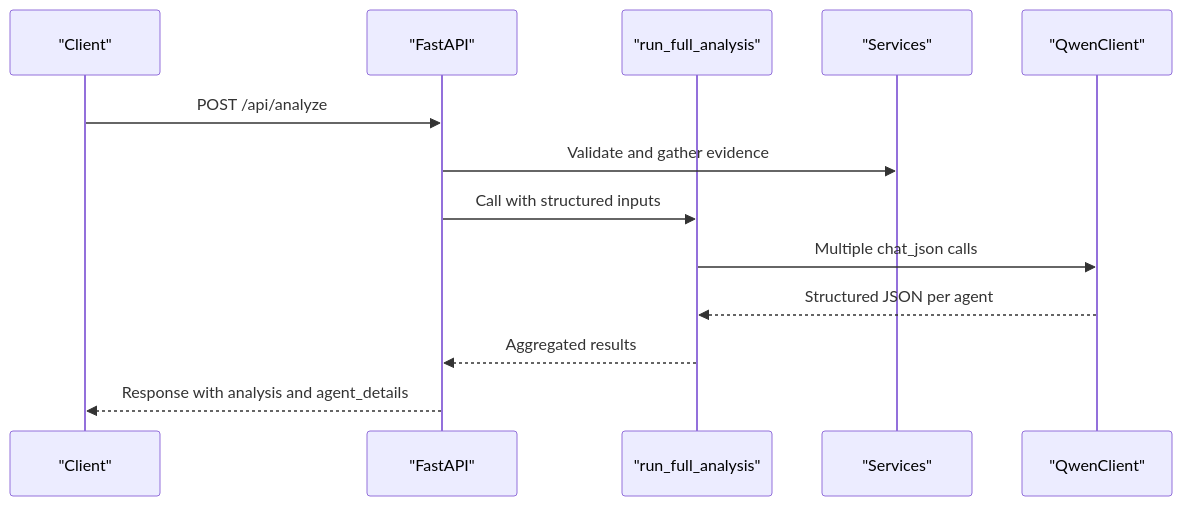
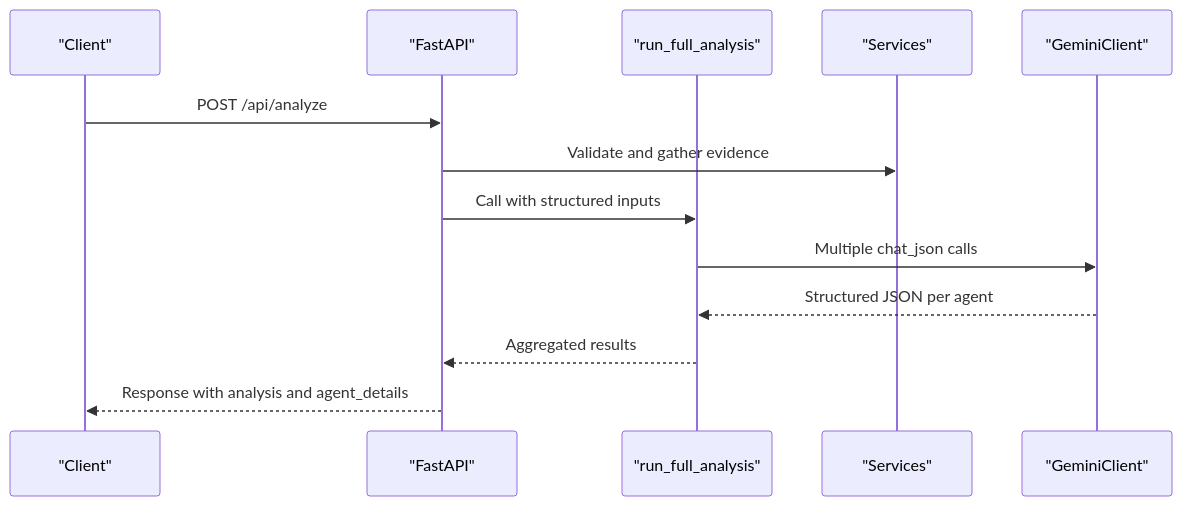
The fifth of 6 diagrams in .qoder/repowiki/en/content/Multi-Agent System/Pipeline Orchestration.md (waqarimran342/CareerOS-AI), drawn with Mermaid before and after one commit. The commit also changed other lines of this file and 32 other files, not shown here.

````diff
--- a/.qoder/repowiki/en/content/Multi-Agent System/Pipeline Orchestration.md
+++ b/.qoder/repowiki/en/content/Multi-Agent System/Pipeline Orchestration.md
@@ -260,15 +268,15 @@
 ```mermaid
 sequenceDiagram
 participant UI as "Client"
 participant API as "FastAPI"
 participant Orchestrator as "run_full_analysis"
 participant Services as "Services"
-participant LLM as "QwenClient"
+participant LLM as "GeminiClient"
 UI->>API : POST /api/analyze
 API->>Services : Validate and gather evidence
 API->>Orchestrator : Call with structured inputs
 Orchestrator->>LLM : Multiple chat_json calls
 LLM-->>Orchestrator : Structured JSON per agent
 Orchestrator-->>API : Aggregated results
 API-->>UI : Response with analysis and agent_details
 ```
````
